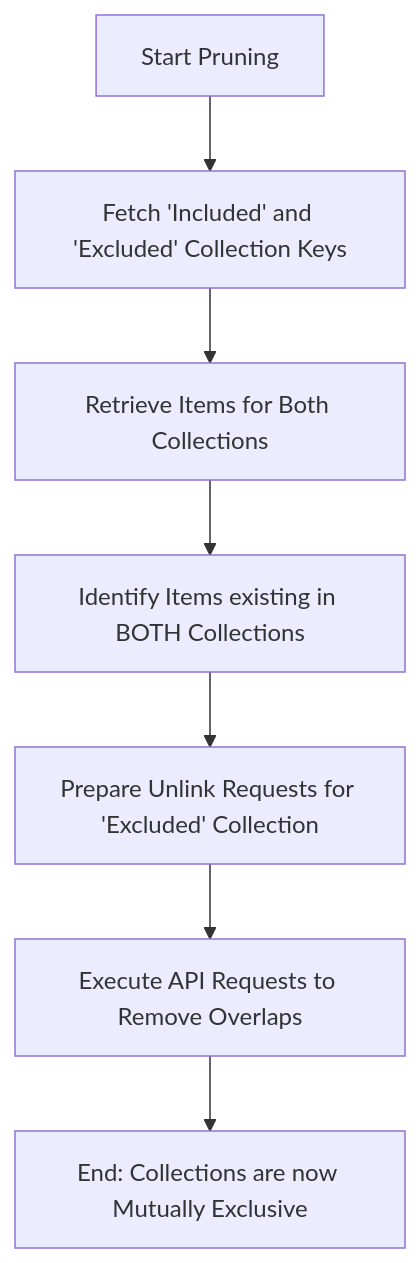
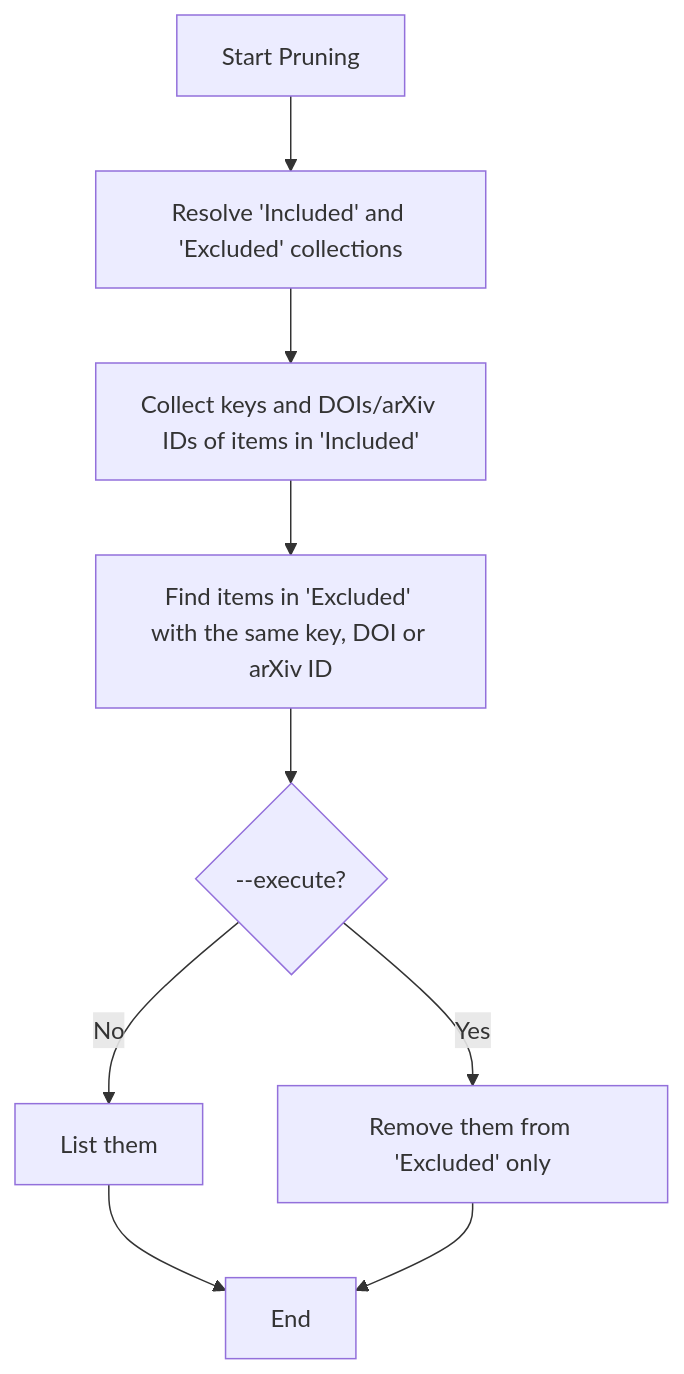
Before and after one commit to fchicout/zotero-cli: the diagram in docs/help_specs/slr_prune.md, drawn with Mermaid. The commit also changed other lines of this file and 29 other files, not shown here.

````diff
--- a/docs/help_specs/slr_prune.md
+++ b/docs/help_specs/slr_prune.md
@@ -8,9 +8,11 @@
 ```mermaid
 graph TD
-    A["Start Pruning"] --> B["Fetch 'Included' and 'Excluded' Collection Keys"]
-    B --> C["Retrieve Items for Both Collections"]
-    C --> D["Identify Items existing in BOTH Collections"]
-    D --> E["Prepare Unlink Requests for 'Excluded' Collection"]
-    E --> F["Execute API Requests to Remove Overlaps"]
-    F --> G["End: Collections are now Mutually Exclusive"]
+    A["Start Pruning"] --> B["Resolve 'Included' and 'Excluded' collections"]
+    B --> C["Collect keys and DOIs/arXiv IDs of items in 'Included'"]
+    C --> D["Find items in 'Excluded' with the same key, DOI or arXiv ID"]
+    D --> E{"--execute?"}
+    E -- "No" --> F["List them"]
+    E -- "Yes" --> G["Remove them from 'Excluded' only"]
+    F --> H["End"]
+    G --> H
 ```
````
